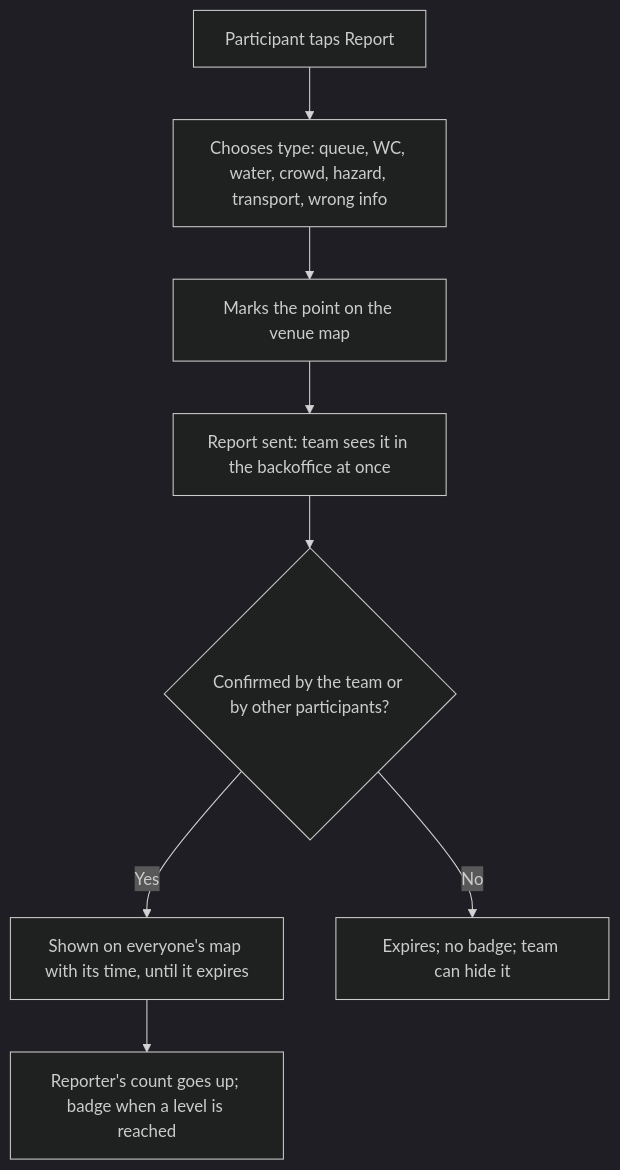
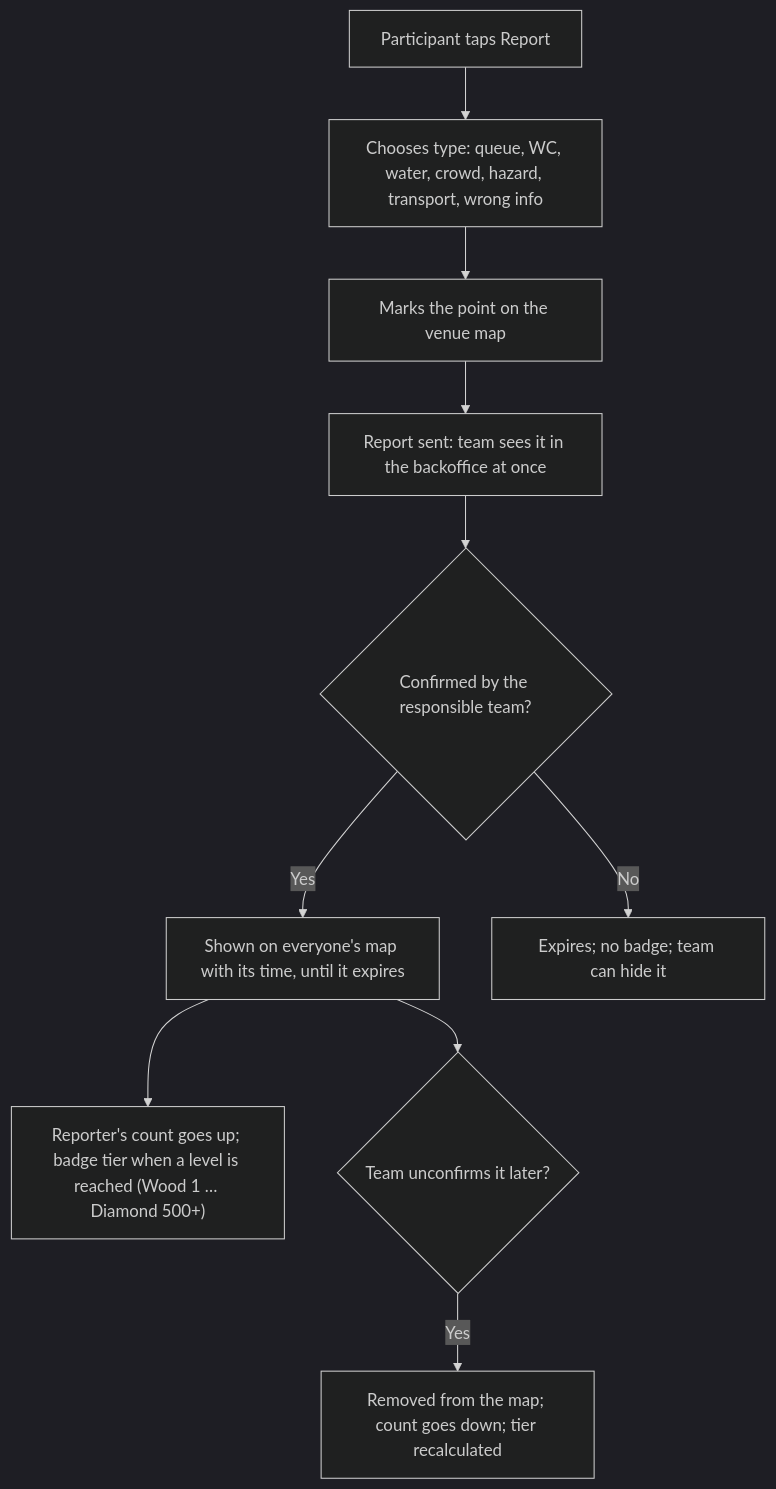
The seventh of 8 diagrams in Docs/Product/user-workflows.md (tomasoliveira21/LABDSOF), drawn with Mermaid (dark theme) before and after one commit. The commit also changed other lines of this file and 14 other files, not shown here.

````diff
--- a/Docs/Product/user-workflows.md
+++ b/Docs/Product/user-workflows.md
@@ -169,10 +172,12 @@
 ```mermaid
 flowchart TD
     A["Participant taps Report"] --> B["Chooses type: queue, WC, water, crowd, hazard, transport, wrong info"]
     B --> C["Marks the point on the venue map"]
     C --> D["Report sent: team sees it in the backoffice at once"]
-    D --> E{"Confirmed by the team or by other participants?"}
+    D --> E{"Confirmed by the responsible team?"}
     E -- Yes --> F["Shown on everyone's map with its time, until it expires"]
-    F --> G["Reporter's count goes up; badge when a level is reached"]
+    F --> G["Reporter's count goes up; badge tier when a level is reached (Wood 1 … Diamond 500+)"]
     E -- No --> H["Expires; no badge; team can hide it"]
+    F --> I{"Team unconfirms it later?"}
+    I -- Yes --> J["Removed from the map; count goes down; tier recalculated"]
 ```
````
